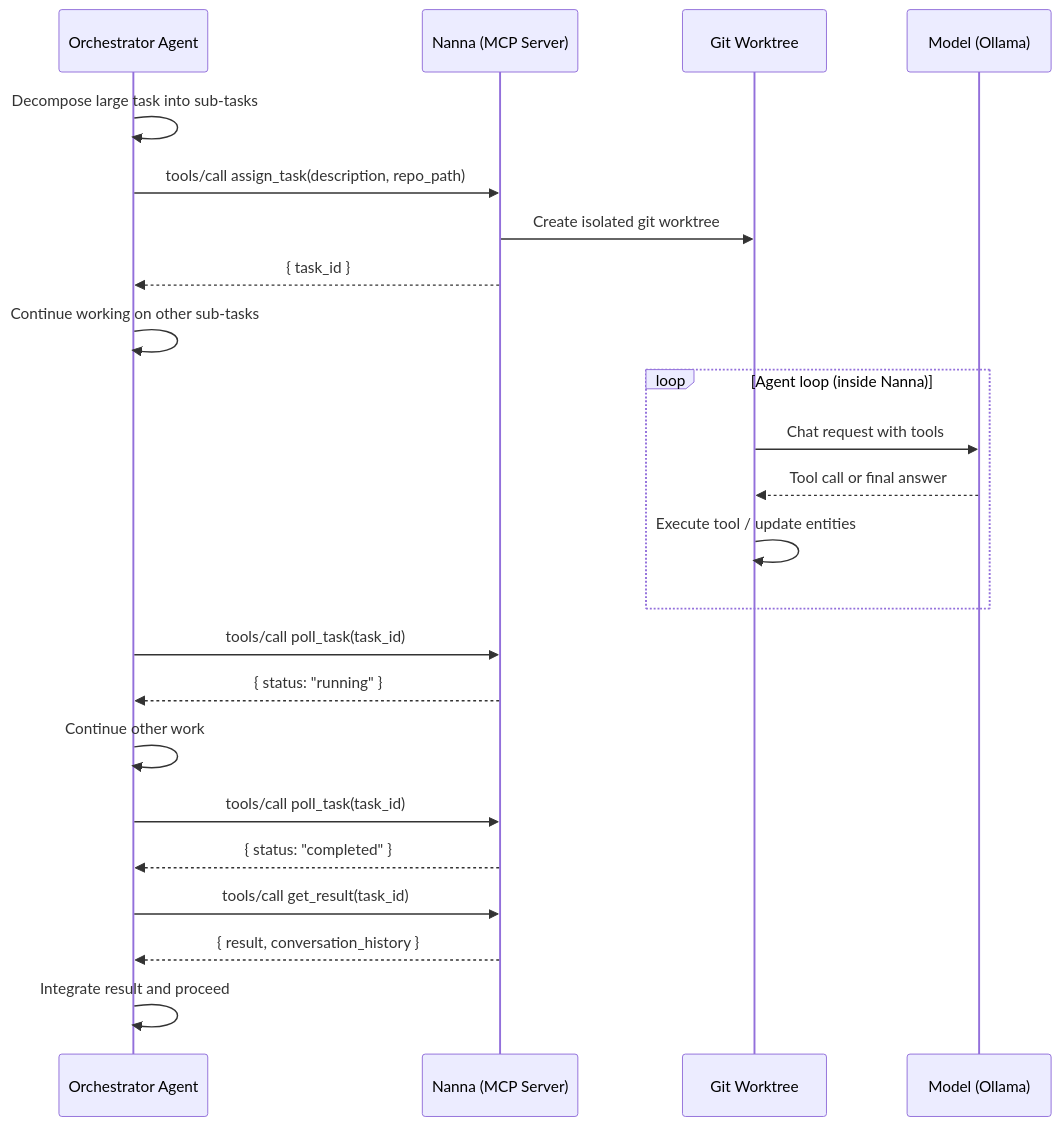
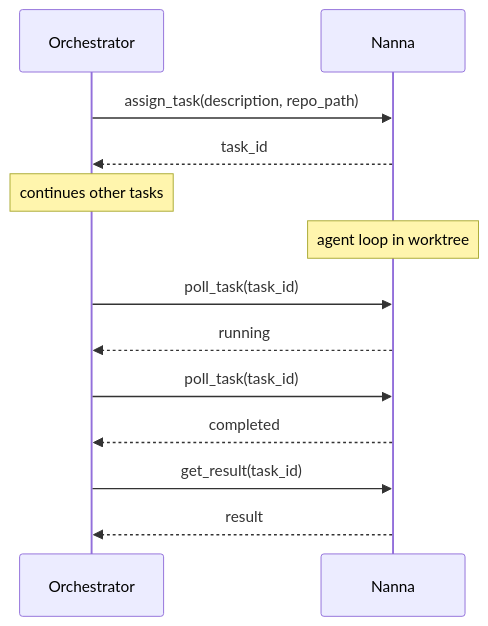
The fourth of 5 diagrams in ARCHITECTURE.md (DominicBurkart/nanna-coder), drawn with Mermaid before and after one commit. The commit also changed other lines of this file, not shown here.

First line of the commit message:
docs: API diagram and delegation sequence

````diff
--- a/ARCHITECTURE.md
+++ b/ARCHITECTURE.md
@@ -127,29 +122,15 @@
 ```mermaid
 sequenceDiagram
-    participant O as Orchestrator Agent
-    participant N as Nanna (MCP Server)
-    participant W as Git Worktree
-    participant M as Model (Ollama)
-
-    O->>O: Decompose large task into sub-tasks
-    O->>N: tools/call assign_task(description, repo_path)
-    N->>W: Create isolated git worktree
-    N-->>O: { task_id }
-    O->>O: Continue working on other sub-tasks
-
-    loop Agent loop (inside Nanna)
-        W->>M: Chat request with tools
-        M-->>W: Tool call or final answer
-        W->>W: Execute tool / update entities
-    end
-
-    O->>N: tools/call poll_task(task_id)
-    N-->>O: { status: "running" }
-    O->>O: Continue other work
-
-    O->>N: tools/call poll_task(task_id)
-    N-->>O: { status: "completed" }
-    O->>N: tools/call get_result(task_id)
-    N-->>O: { result, conversation_history }
-    O->>O: Integrate result and proceed
+    participant O as Orchestrator
+    participant N as Nanna
+    O->>N: assign_task(description, repo_path)
+    N-->>O: task_id
+    Note over O: continues other tasks
+    Note over N: agent loop in worktree
+    O->>N: poll_task(task_id)
+    N-->>O: running
+    O->>N: poll_task(task_id)
+    N-->>O: completed
+    O->>N: get_result(task_id)
+    N-->>O: result
 ```
````
